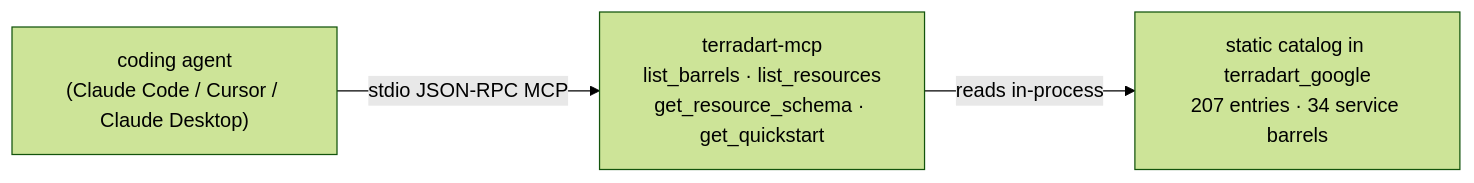
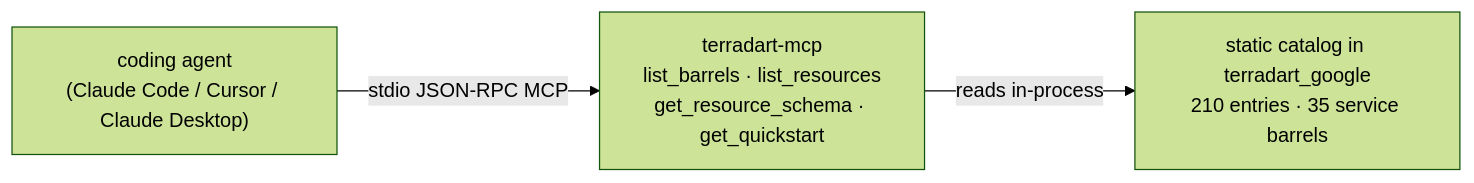
Before and after one commit to nozomi-koborinai/terradart: the diagram in website/src/content/docs/docs/agent/index.md, drawn with Mermaid (forest theme). The commit also changed other lines of this file and 26 other files, not shown here.

````diff
--- a/website/src/content/docs/docs/agent/index.md
+++ b/website/src/content/docs/docs/agent/index.md
@@ -12,8 +12,8 @@
 ```mermaid
 graph LR
   agent["coding agent<br/>(Claude Code / Cursor / Claude Desktop)"]
   mcp["terradart-mcp<br/>list_barrels · list_resources<br/>get_resource_schema · get_quickstart"]
-  catalog["static catalog in terradart_google<br/>207 entries · 34 service barrels"]
+  catalog["static catalog in terradart_google<br/>210 entries · 35 service barrels"]
   agent -->|stdio JSON-RPC MCP| mcp
   mcp -->|reads in-process| catalog
 ```
````
